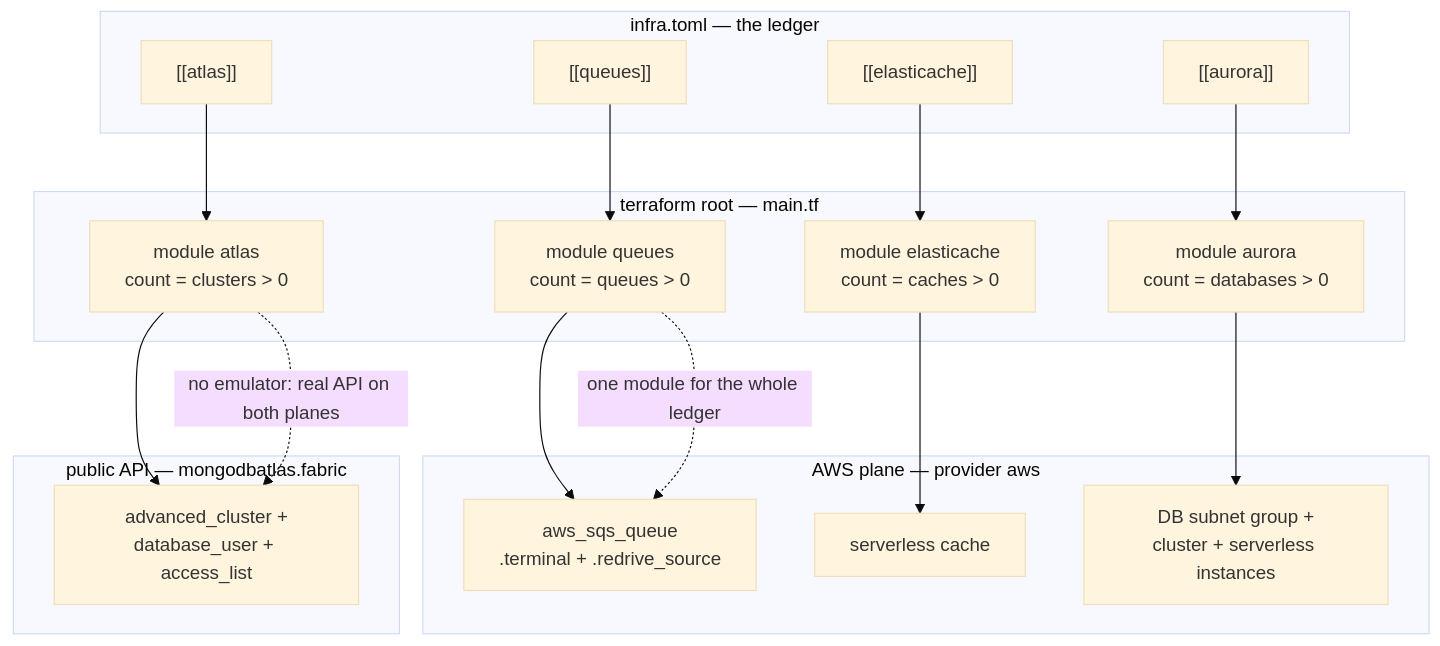
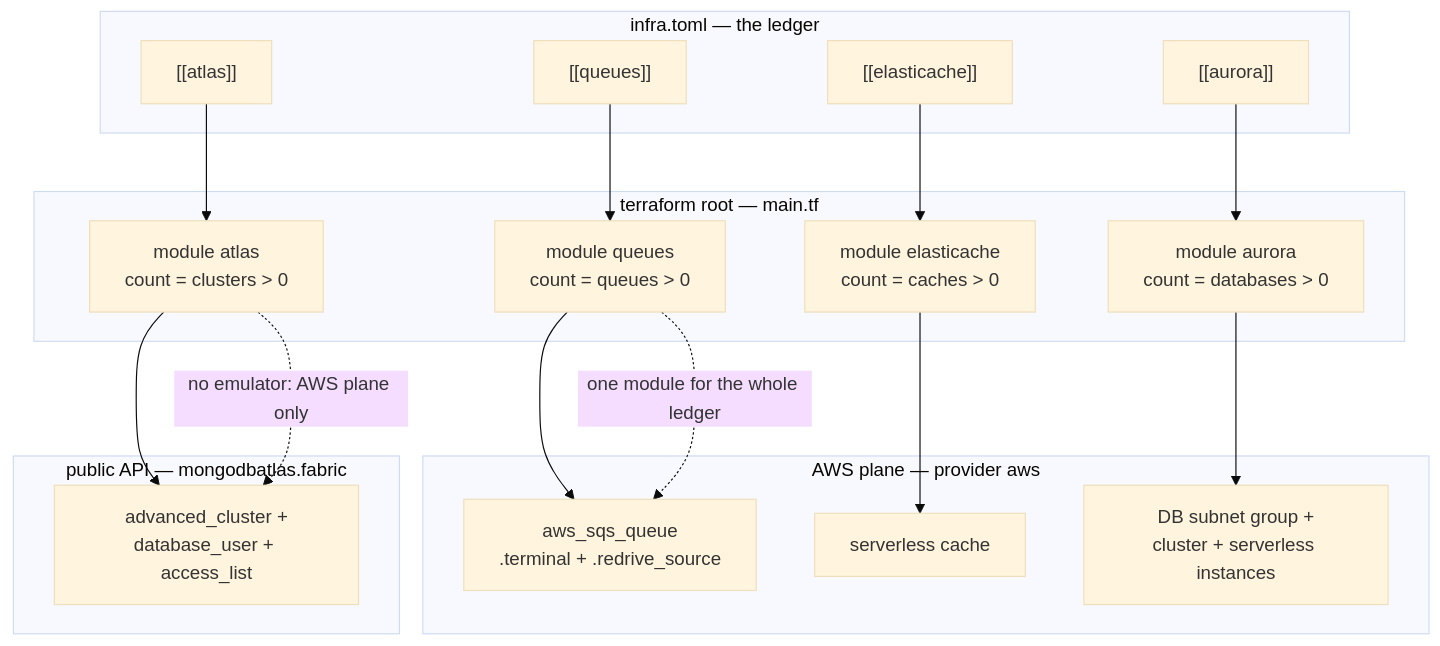
Before and after one commit to kunalPisolkar24/detectAI: the first of 3 diagrams in infra/docs/concepts/architecture.md, drawn with Mermaid (base theme). The commit also changed other lines of this file and 25 other files, not shown here.

Commit message:
Make Atlas AWS-only so Floci runs never call MongoDB Cloud

````diff
--- a/infra/docs/concepts/architecture.md
+++ b/infra/docs/concepts/architecture.md
@@ -11,33 +11,33 @@
 ```mermaid
 graph TB
     subgraph DECL["infra.toml — the ledger"]
         Q["[[queues]]"]
         C["[[elasticache]]"]
         A["[[atlas]]"]
         D["[[aurora]]"]
     end
 
     subgraph ROOT["terraform root — main.tf"]
         MQ["module queues<br/>count = queues > 0"]
         MC["module elasticache<br/>count = caches > 0"]
         MA["module atlas<br/>count = clusters > 0"]
         MD["module aurora<br/>count = databases > 0"]
     end
 
     subgraph AWS["AWS plane — provider aws"]
         SQS["aws_sqs_queue<br/>.terminal + .redrive_source"]
         Redis["serverless cache"]
         Aurora["DB subnet group +<br/>cluster + serverless instances"]
     end
 
     subgraph PUBLIC["public API — mongodbatlas.fabric"]
         Atlas["advanced_cluster +<br/>database_user + access_list"]
     end
 
     Q --> MQ --> SQS
     C --> MC --> Redis
     D --> MD --> Aurora
     A --> MA --> Atlas
     MQ -.->|"one module for the whole ledger"| SQS
-    MA -.->|"no emulator: real API on both planes"| Atlas
+    MA -.->|"no emulator: AWS plane only"| Atlas
 ```
````
